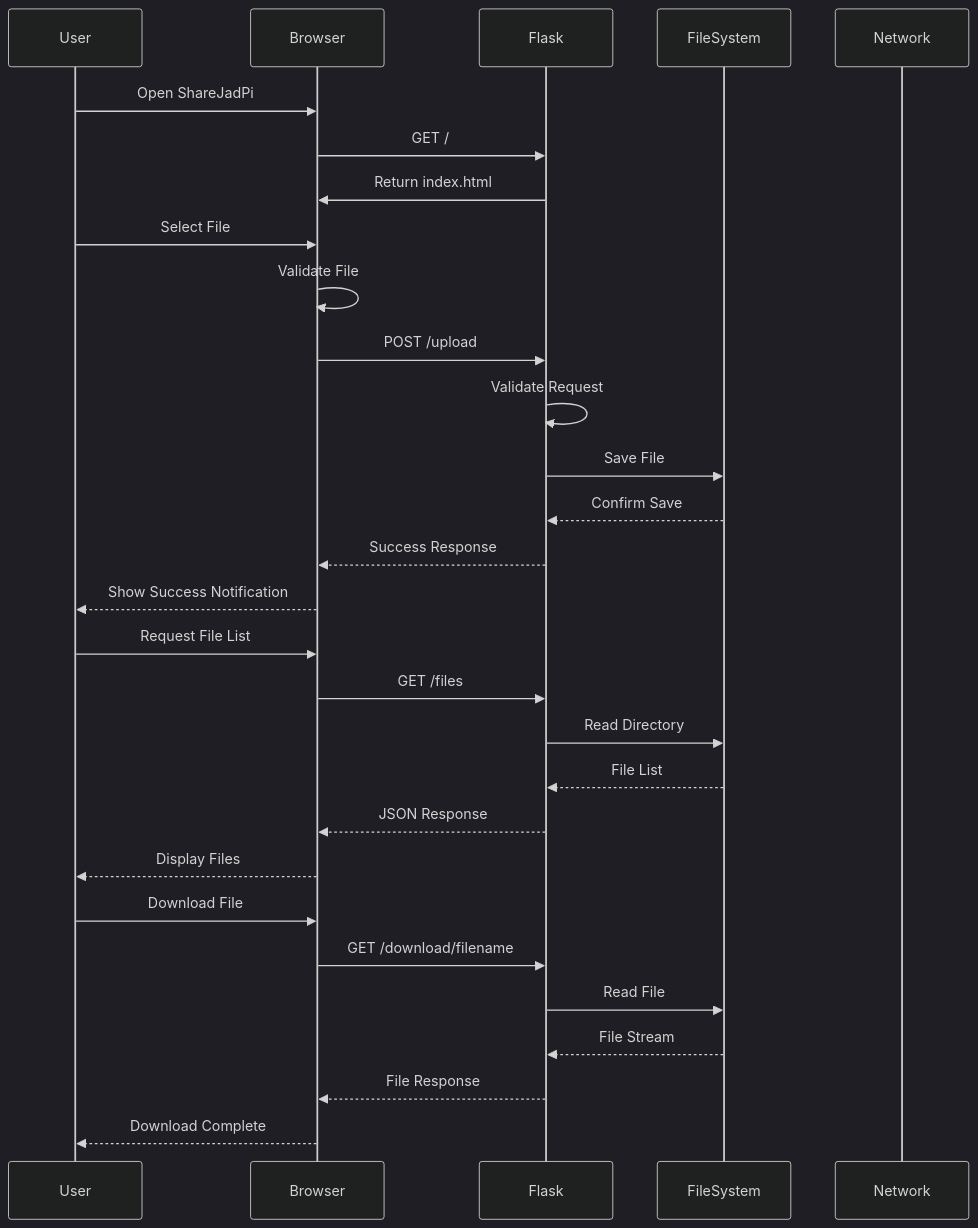
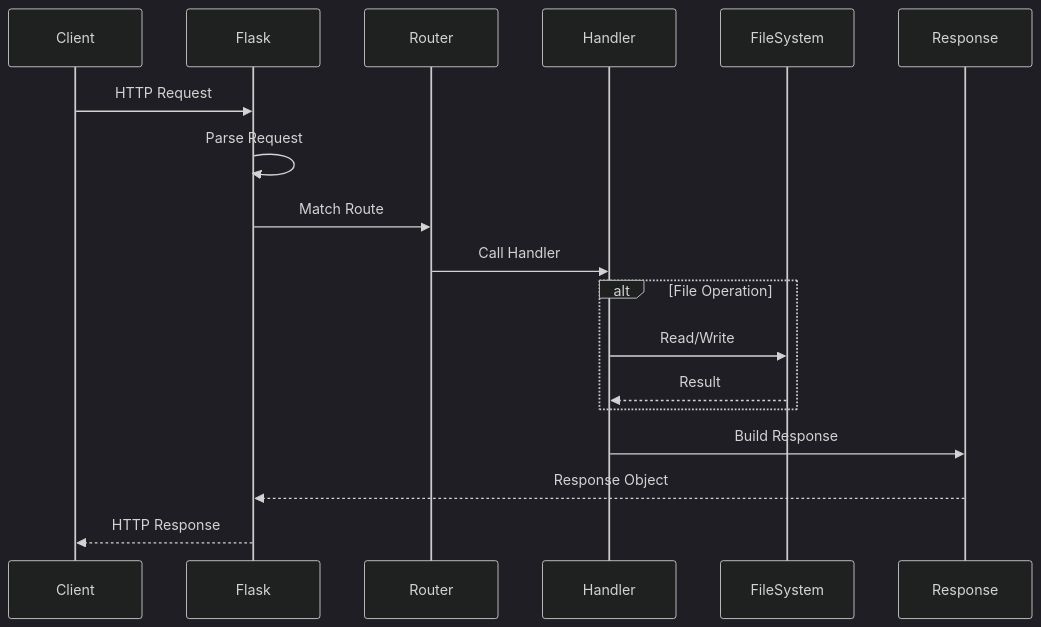
The second of 13 diagrams in SGP_phase1/docs/architecture.md (hetcharusat/sharejadpi), drawn with Mermaid (dark theme) before and after one commit. The commit also changed other lines of this file and 5 other files, not shown here.

````diff
--- a/SGP_phase1/docs/architecture.md
+++ b/SGP_phase1/docs/architecture.md
@@ -106,36 +90,23 @@
 ```mermaid
 sequenceDiagram
-    participant User
-    participant Browser
+    participant Client
     participant Flask
+    participant Router
+    participant Handler
     participant FileSystem
-    participant Network
+    participant Response
     
-    User->>Browser: Open ShareJadPi
-    Browser->>Flask: GET /
-    Flask->>Browser: Return index.html
+    Client->>Flask: HTTP Request
+    Flask->>Flask: Parse Request
+    Flask->>Router: Match Route
+    Router->>Handler: Call Handler
     
-    User->>Browser: Select File
-    Browser->>Browser: Validate File
+    alt File Operation
+        Handler->>FileSystem: Read/Write
+        FileSystem-->>Handler: Result
+    end
     
-    Browser->>Flask: POST /upload
-    Flask->>Flask: Validate Request
-    Flask->>FileSystem: Save File
-    FileSystem-->>Flask: Confirm Save
-    Flask-->>Browser: Success Response
-    Browser-->>User: Show Success Notification
-    
-    User->>Browser: Request File List
-    Browser->>Flask: GET /files
-    Flask->>FileSystem: Read Directory
-    FileSystem-->>Flask: File List
-    Flask-->>Browser: JSON Response
-    Browser-->>User: Display Files
-    
-    User->>Browser: Download File
-    Browser->>Flask: GET /download/filename
-    Flask->>FileSystem: Read File
-    FileSystem-->>Flask: File Stream
-    Flask-->>Browser: File Response
-    Browser-->>User: Download Complete
+    Handler->>Response: Build Response
+    Response-->>Flask: Response Object
+    Flask-->>Client: HTTP Response
 ```
````
